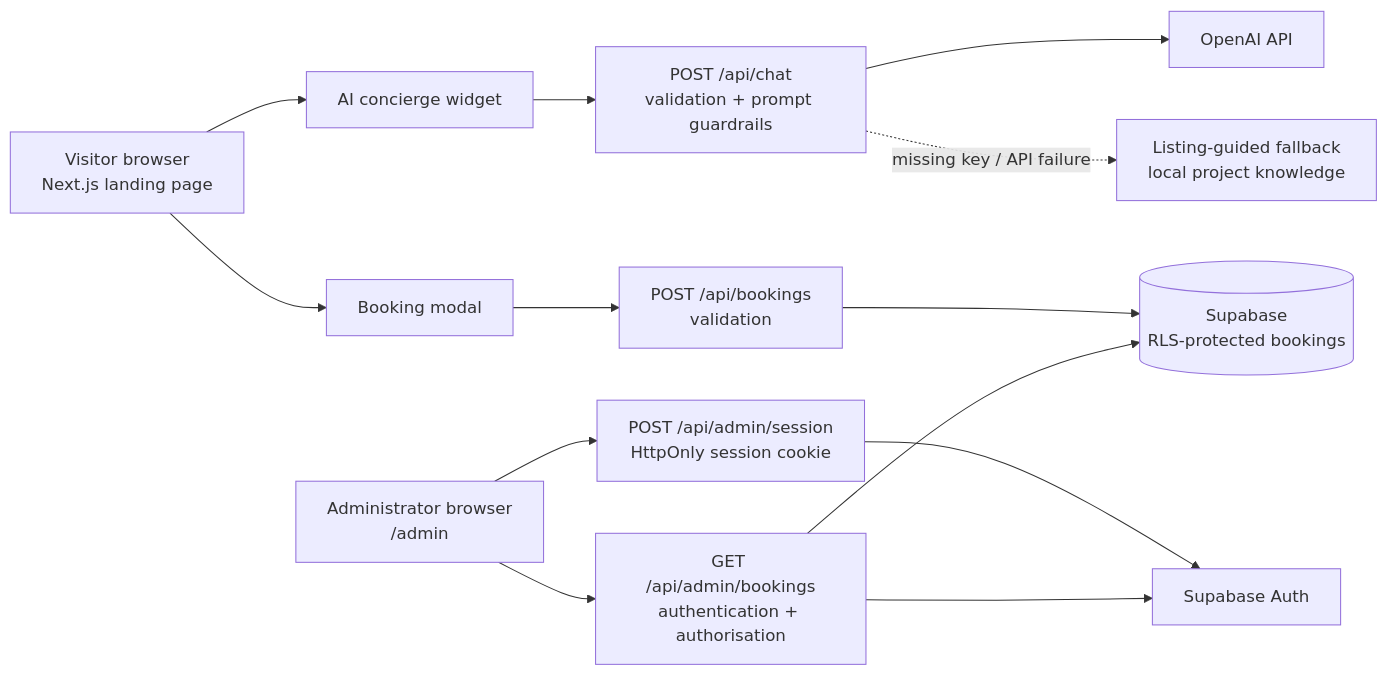
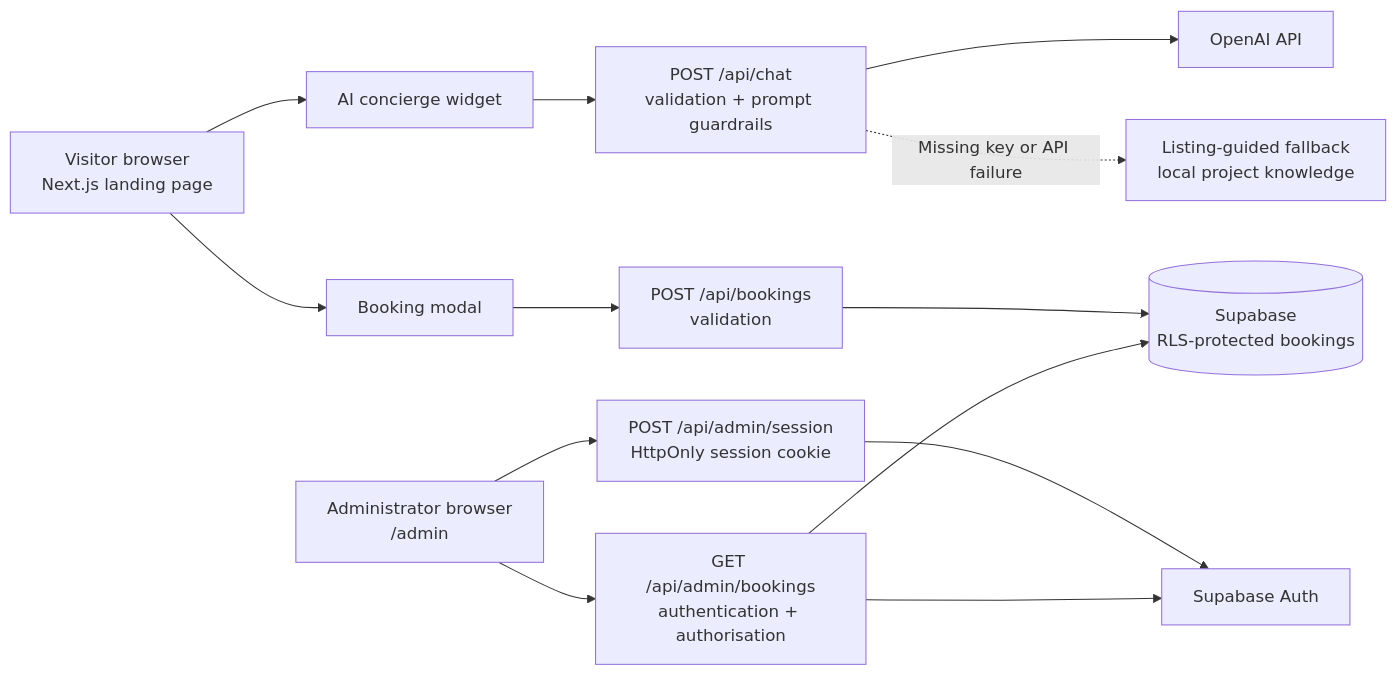
Before and after one commit to ZhiweiChen-coder/apex-living: the diagram in docs/system-architecture.mmd, drawn with Mermaid. The commit also changed 1 other file, not shown here.

```diff
--- a/docs/system-architecture.mmd
+++ b/docs/system-architecture.mmd
@@ -1,26 +1,26 @@
 flowchart LR
   Browser["Visitor browser\nNext.js landing page"]
   Admin["Administrator browser\n/admin"]
   Chat["AI concierge widget"]
   Booking["Booking modal"]
   ChatRoute["POST /api/chat\nvalidation + prompt guardrails"]
   BookingRoute["POST /api/bookings\nvalidation"]
   AdminSession["POST /api/admin/session\nHttpOnly session cookie"]
   AdminRoute["GET /api/admin/bookings\nauthentication + authorisation"]
   OpenAI["OpenAI API"]
   Fallback["Listing-guided fallback\nlocal project knowledge"]
   SupabaseAuth["Supabase Auth"]
   Supabase[("Supabase\nRLS-protected bookings")]
 
   Browser --> Chat
   Browser --> Booking
   Admin --> AdminSession
   Admin --> AdminRoute
   Chat --> ChatRoute
   Booking --> BookingRoute
   ChatRoute --> OpenAI
-  ChatRoute -. missing key / API failure .-> Fallback
+  ChatRoute -.->|Missing key or API failure| Fallback
   BookingRoute --> Supabase
   AdminSession --> SupabaseAuth
   AdminRoute --> SupabaseAuth
   AdminRoute --> Supabase
```
